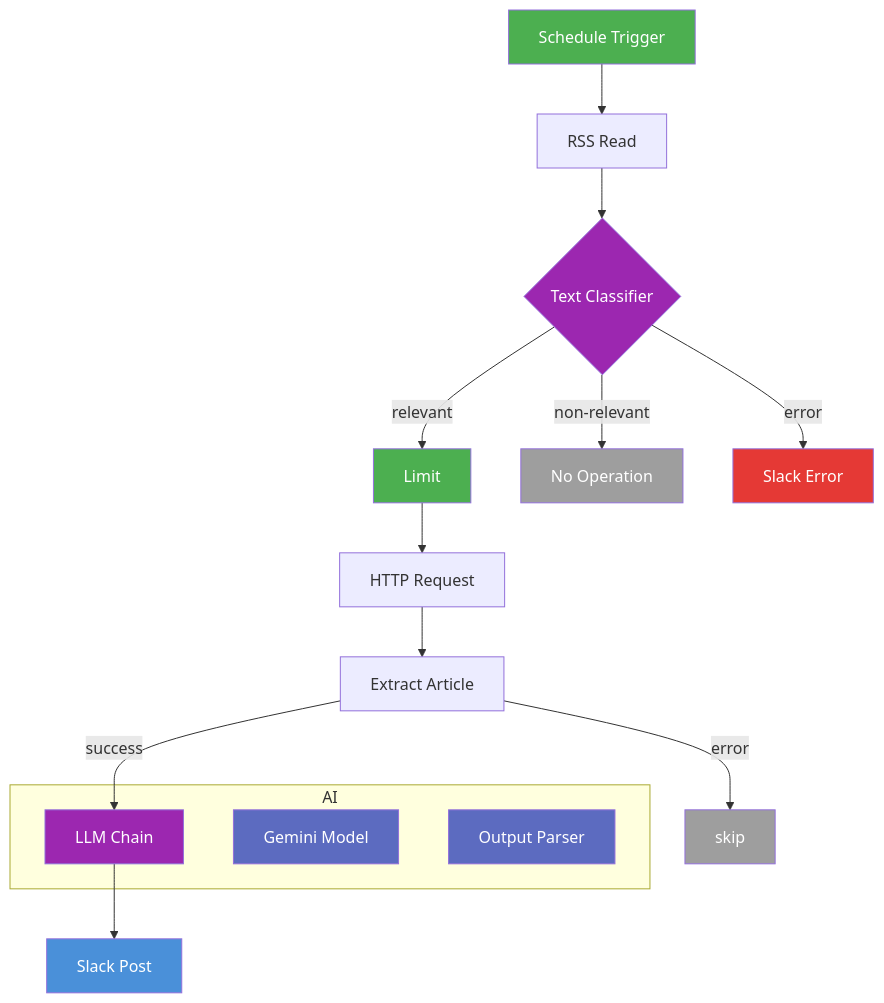
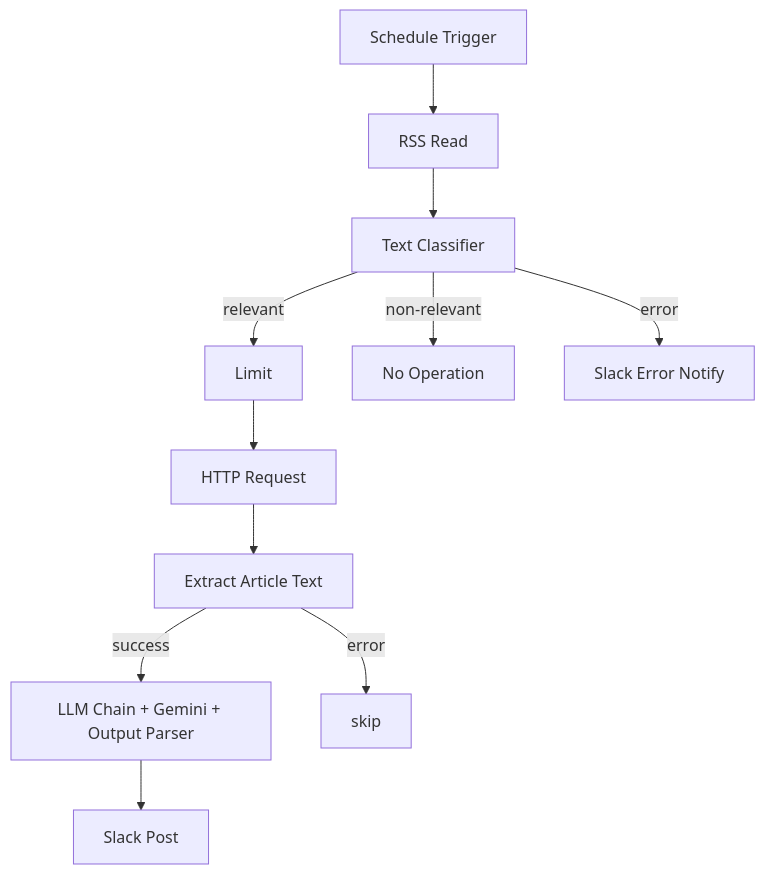
Before and after one commit to takumiwork-n8n/X_present_post_workflow: the diagram in 修正後/README.md, drawn with Mermaid. The commit also changed 1 other file, not shown here.

Commit message:
fix: use graph TD with minimal syntax for GitHub mermaid

````diff
--- a/修正後/README.md
+++ b/修正後/README.md
@@ -37,28 +37,13 @@
 ```mermaid
-flowchart TD
+graph TD
     A[Schedule Trigger] --> B[RSS Read]
-    B --> C{Text Classifier}
-    C -->|relevant| D[Limit]
-    C -->|non-relevant| E[No Operation]
-    C -->|error| F[Slack Error]
+    B --> C[Text Classifier]
+    C -- relevant --> D[Limit]
+    C -- non-relevant --> E[No Operation]
+    C -- error --> F[Slack Error Notify]
     D --> G[HTTP Request]
-    G --> H[Extract Article]
-    H -->|success| I[LLM Chain]
-    H -->|error| SKIP[skip]
+    G --> H[Extract Article Text]
+    H -- success --> I[LLM Chain + Gemini + Output Parser]
+    H -- error --> SKIP[skip]
     I --> J[Slack Post]
-    subgraph AI
-        I
-        K[Gemini Model]
-        L[Output Parser]
-    end
-    style A fill:#4CAF50,color:#fff
-    style J fill:#4A90D9,color:#fff
-    style F fill:#E53935,color:#fff
-    style E fill:#9E9E9E,color:#fff
-    style SKIP fill:#9E9E9E,color:#fff
-    style D fill:#4CAF50,color:#fff
-    style C fill:#9C27B0,color:#fff
-    style I fill:#9C27B0,color:#fff
-    style K fill:#5c6bc0,color:#fff
-    style L fill:#5c6bc0,color:#fff
 ```
````
